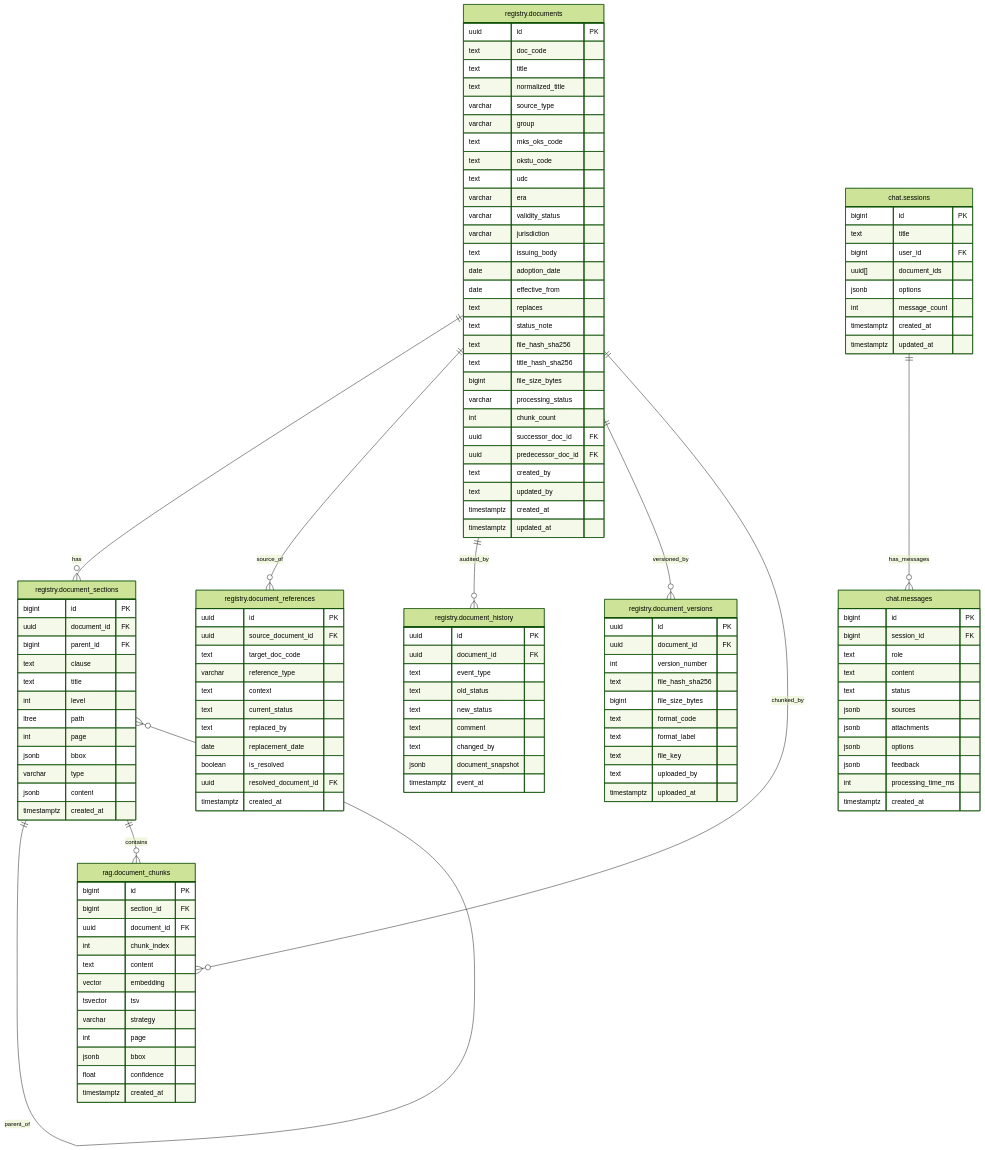
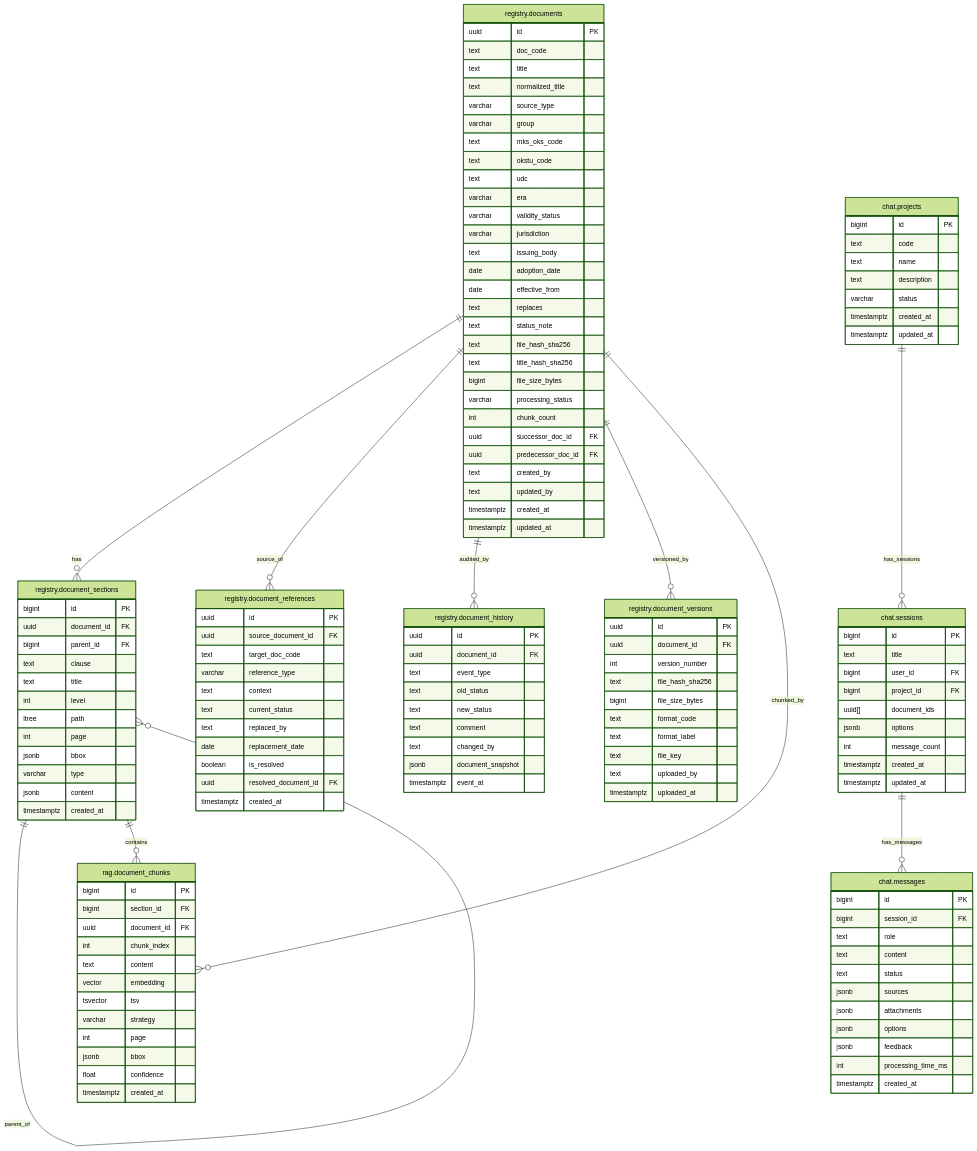
Before and after one commit to MasterKSAF/PKB: the diagram in docs/database/db_diagrams.md, drawn with Mermaid (forest theme). The commit also changed other lines of this file and 14 other files, not shown here.

````diff
--- a/docs/database/db_diagrams.md
+++ b/docs/database/db_diagrams.md
@@ -108,10 +108,21 @@
         timestamptz created_at
     }
 
+    chat.projects {
+        bigint id PK
+        text code
+        text name
+        text description
+        varchar status
+        timestamptz created_at
+        timestamptz updated_at
+    }
+
     chat.sessions {
         bigint id PK
         text title
         bigint user_id FK
+        bigint project_id FK
         uuid[] document_ids
         jsonb options
         int message_count
@@ -140,5 +151,6 @@
     registry.documents ||--o{ registry.document_history : audited_by
     registry.documents ||--o{ registry.document_versions : versioned_by
     registry.documents ||--o{ rag.document_chunks : chunked_by
+    chat.projects ||--o{ chat.sessions : has_sessions
     chat.sessions ||--o{ chat.messages : has_messages
 ```
````
